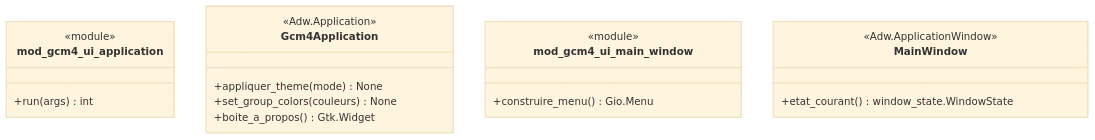
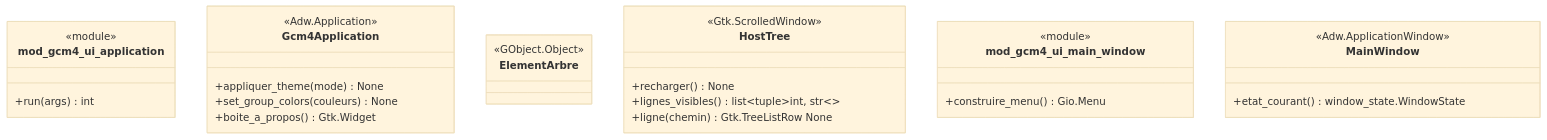
One commit to Mathide-Team/Gcm4 changed the seventh of 7 diagrams in docs/class-diagram.md. Above: the diagram before and after it, drawn with Mermaid (base theme). The commit also changed other lines of this file and 74 other files, not shown here.

Commit message:
feat(#139): arbre des hôtes GTK4 (TreeListModel, ListView, TreeExpander), couleurs héritées, info-bulles, rayures ; collapsed-folders au format GTK3 (Gtk.TreePath) ; captures clair/sombre

````diff
--- a/docs/class-diagram.md
+++ b/docs/class-diagram.md
@@ -1432,21 +1459,30 @@
 ```mermaid
 classDiagram
     class mod_gcm4_ui_application {
         <<module>>
         +run(args) int
     }
     class Gcm4Application {
         <<Adw.Application>>
         +appliquer_theme(mode) None
         +set_group_colors(couleurs) None
         +boite_a_propos() Gtk.Widget
     }
+    class ElementArbre {
+        <<GObject.Object>>
+    }
+    class HostTree {
+        <<Gtk.ScrolledWindow>>
+        +recharger() None
+        +lignes_visibles() list~tuple~int, str~~
+        +ligne(chemin) Gtk.TreeListRow None
+    }
     class mod_gcm4_ui_main_window {
         <<module>>
         +construire_menu() Gio.Menu
     }
     class MainWindow {
         <<Adw.ApplicationWindow>>
         +etat_courant() window_state.WindowState
     }
 ```
````
